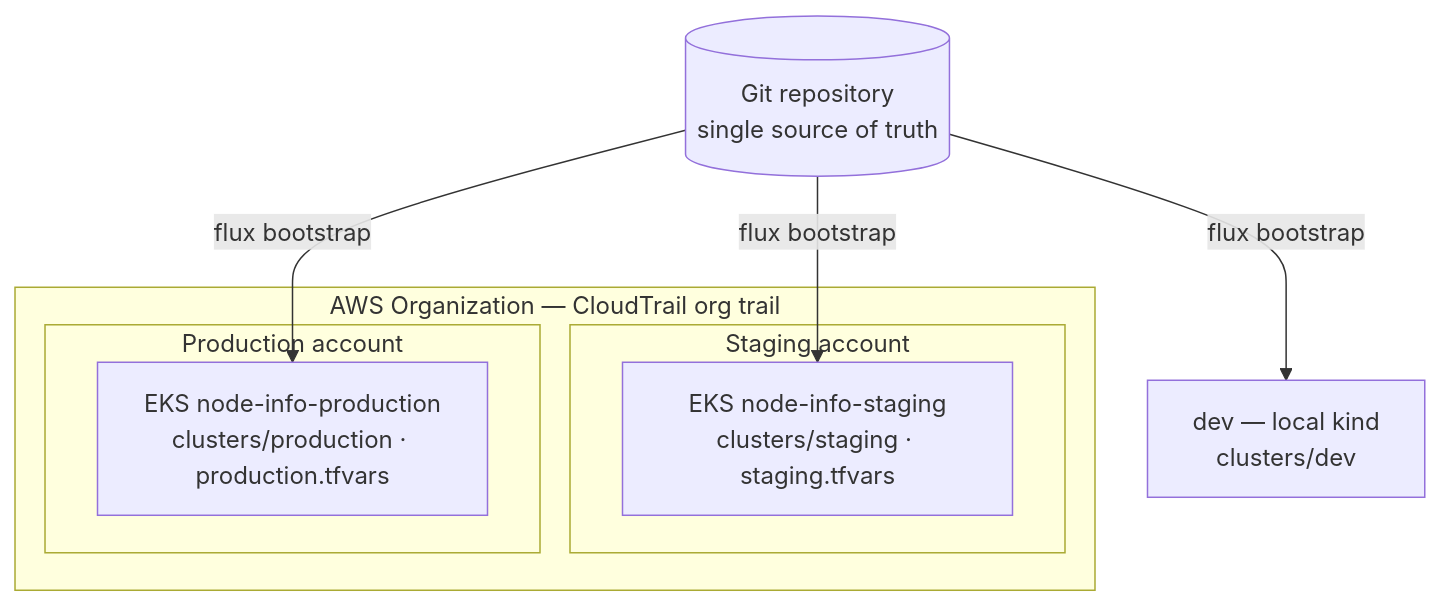
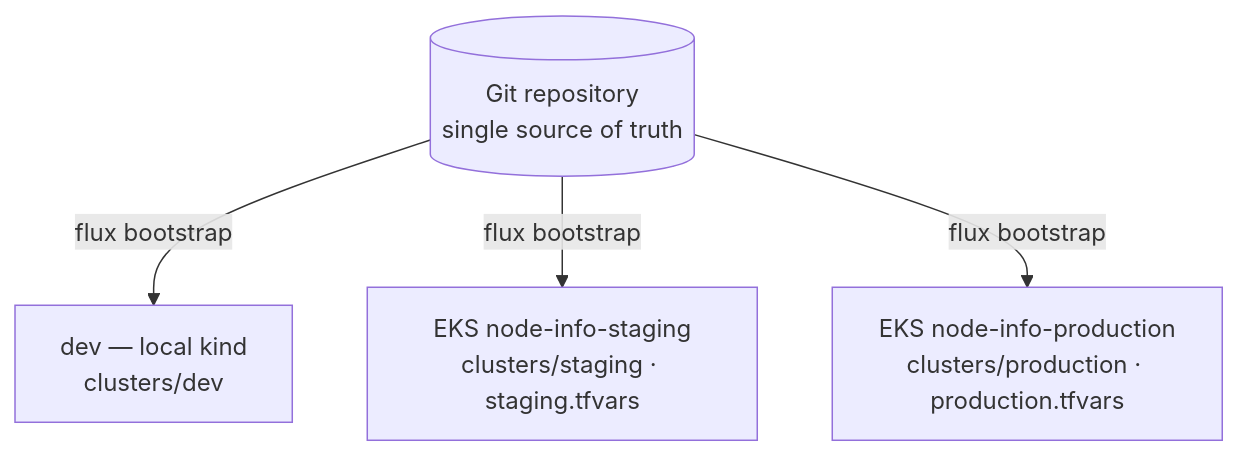
The fourth of 4 diagrams in README.md (cloudor-devops/Vadim-Home-TeraSky), drawn with Mermaid before and after one commit. The commit also changed other lines of this file and 2 other files, not shown here.

Commit message:
Docs: environment separation via cluster/VPC/keys, drop account-per-env model

````diff
--- a/README.md
+++ b/README.md
@@ -375,16 +375,10 @@
 ```mermaid
 flowchart TB
     repo[(Git repository<br/>single source of truth)]
     dev[dev — local kind<br/>clusters/dev]
-    subgraph org["AWS Organization — CloudTrail org trail"]
-        subgraph sa["Staging account"]
-            seks[EKS node-info-staging<br/>clusters/staging · staging.tfvars]
-        end
-        subgraph pa["Production account"]
-            peks[EKS node-info-production<br/>clusters/production · production.tfvars]
-        end
-    end
+    seks[EKS node-info-staging<br/>clusters/staging · staging.tfvars]
+    peks[EKS node-info-production<br/>clusters/production · production.tfvars]
     repo -->|flux bootstrap| dev
     repo -->|flux bootstrap| seks
     repo -->|flux bootstrap| peks
 ```
````
